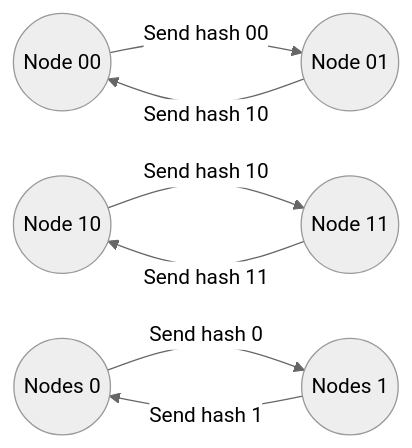
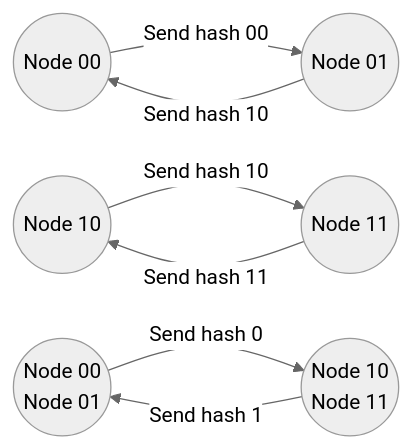
Before and after one commit to dhchain/dhc: the second of 2 diagrams in README.md, drawn with Mermaid (neutral theme). The commit also changed other lines of this file, not shown here.

````diff
--- a/README.md
+++ b/README.md
@@ -38,9 +38,9 @@
 ```mermaid
 graph LR
 A((Node 00)) -- Send hash 00 --> B((Node 01))
 B -- Send hash 10 --> A
 C((Node 10)) -- Send hash 10 --> D((Node 11))
 D -- Send hash 11 --> C
-E((Nodes 0)) -- Send hash 0 --> F((Nodes 1))
+E((Node 00 <br/> Node 01)) -- Send hash 0 --> F((Node 10 <br/> Node 11))
 F -- Send hash 1 --> E
 ```
````
